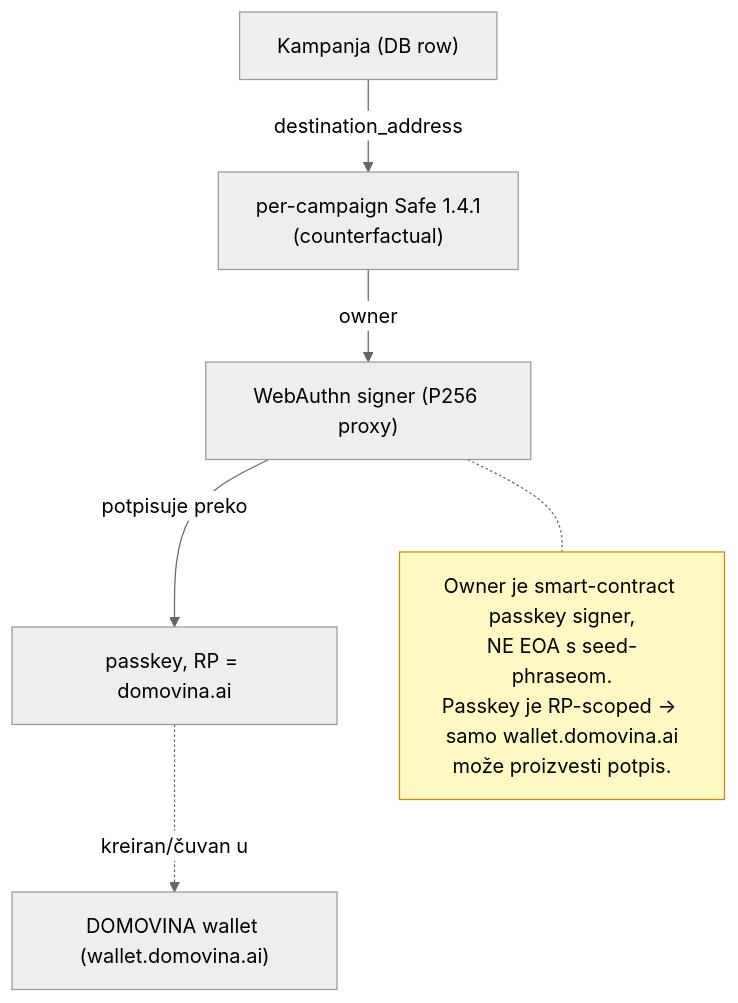
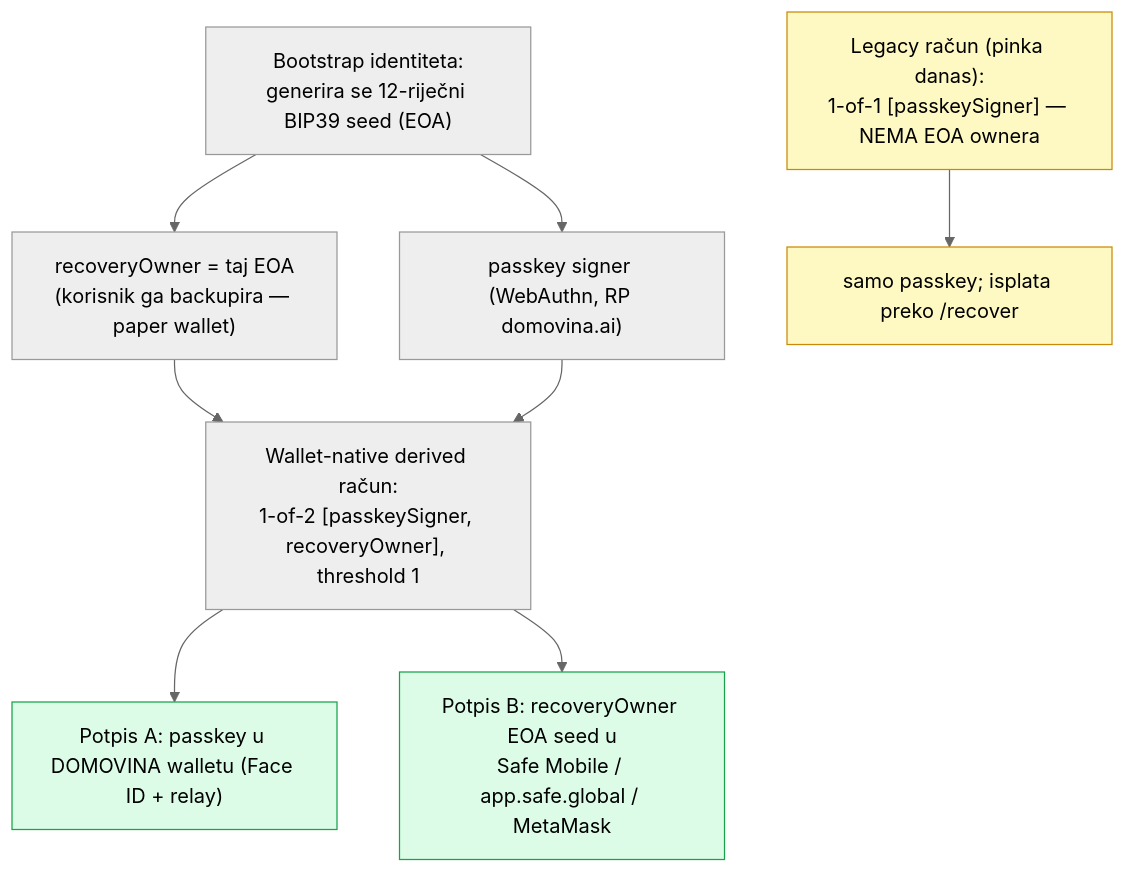
One commit to pinka-finance/mcp-automation changed the first of 6 diagrams in docs/campaign-safe-portability.md. Above: the diagram before and after it, drawn with Mermaid (neutral theme). The commit also changed other lines of this file, not shown here.

First line of the commit message:
docs(rev2): ispravak — recoveryOwner je korisnikov BIP39 EOA → 1-of-2 JE Safe-Mobile-prenosiv

````diff
--- a/docs/campaign-safe-portability.md
+++ b/docs/campaign-safe-portability.md
@@ -41,13 +41,17 @@
 ```mermaid
 flowchart TD
-    C["Kampanja (DB row)"] -->|destination_address| S["per-campaign Safe 1.4.1<br/>(counterfactual)"]
-    S -->|owner| O["WebAuthn signer (P256 proxy)"]
-    O -->|potpisuje preko| PK["passkey, RP = domovina.ai"]
-    PK -.->|kreiran/čuvan u| DW["DOMOVINA wallet (wallet.domovina.ai)"]
+    BOOT["Bootstrap identiteta:<br/>generira se 12-riječni BIP39 seed (EOA)"] --> RO["recoveryOwner = taj EOA<br/>(korisnik ga backupira — paper wallet)"]
+    BOOT --> PK["passkey signer (WebAuthn, RP domovina.ai)"]
 
-    note["Owner je smart-contract passkey signer,<br/>NE EOA s seed-phraseom.<br/>Passkey je RP-scoped → samo wallet.domovina.ai<br/>može proizvesti potpis."]
-    O -.- note
+    RO --> ACC["Wallet-native derived račun:<br/>1-of-2 [passkeySigner, recoveryOwner], threshold 1"]
+    PK --> ACC
+    ACC --> USE1["Potpis A: passkey u DOMOVINA walletu (Face ID + relay)"]
+    ACC --> USE2["Potpis B: recoveryOwner EOA seed u<br/>Safe Mobile / app.safe.global / MetaMask"]
 
-    classDef k fill:#fef9c3,stroke:#ca8a04;
-    class note k;
+    LEG["Legacy račun (pinka danas):<br/>1-of-1 [passkeySigner] — NEMA EOA ownera"] --> ONLY["samo passkey; isplata preko /recover"]
+
+    classDef good fill:#dcfce7,stroke:#16a34a;
+    classDef warn fill:#fef9c3,stroke:#ca8a04;
+    class USE1,USE2 good;
+    class LEG,ONLY warn;
 ```
````
